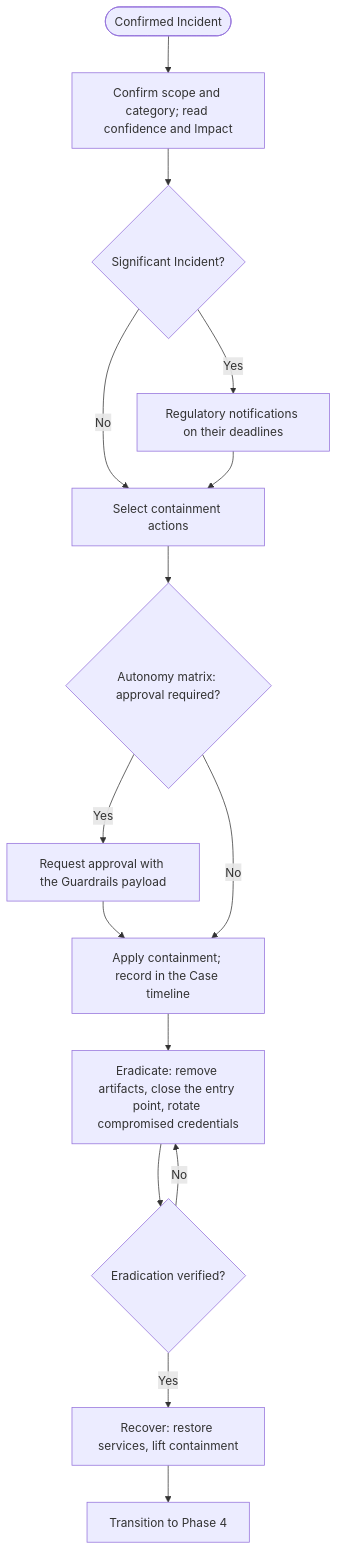
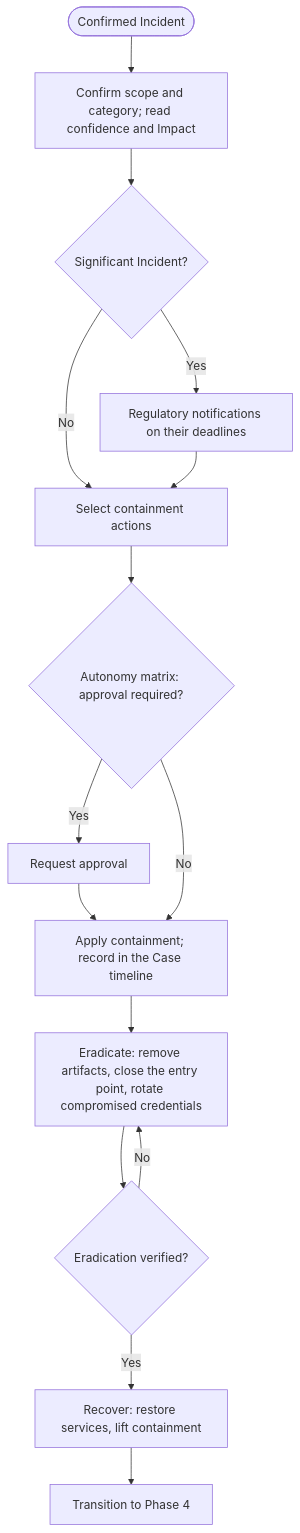
Before and after one commit to ZeroSOC/zerosoc-skills: the diagram in skills/zerosoc-response/references/framework/03-Processes/03-response.md, drawn with Mermaid. The commit also changed other lines of this file and 102 other files, not shown here.

````diff
--- a/skills/zerosoc-response/references/framework/03-Processes/03-response.md
+++ b/skills/zerosoc-response/references/framework/03-Processes/03-response.md
@@ -25,17 +25,17 @@
 ```mermaid
 graph TD
     Start([Confirmed Incident]) --> Scope[Confirm scope and category; read confidence and Impact]
     Scope --> Reg{Significant Incident?}
     Reg -->|Yes| Notify[Regulatory notifications on their deadlines]
     Reg -->|No| Plan
     Notify --> Plan[Select containment actions]
     Plan --> Matrix{Autonomy matrix: approval required?}
-    Matrix -->|Yes| Approve[Request approval with the Guardrails payload]
+    Matrix -->|Yes| Approve[Request approval]
     Approve --> Apply[Apply containment; record in the Case timeline]
     Matrix -->|No| Apply
     Apply --> Eradicate[Eradicate: remove artifacts, close the entry point, rotate compromised credentials]
     Eradicate --> Verify{Eradication verified?}
     Verify -->|No| Eradicate
     Verify -->|Yes| Recover[Recover: restore services, lift containment]
     Recover --> Transition[Transition to Phase 4]
 ```
````
